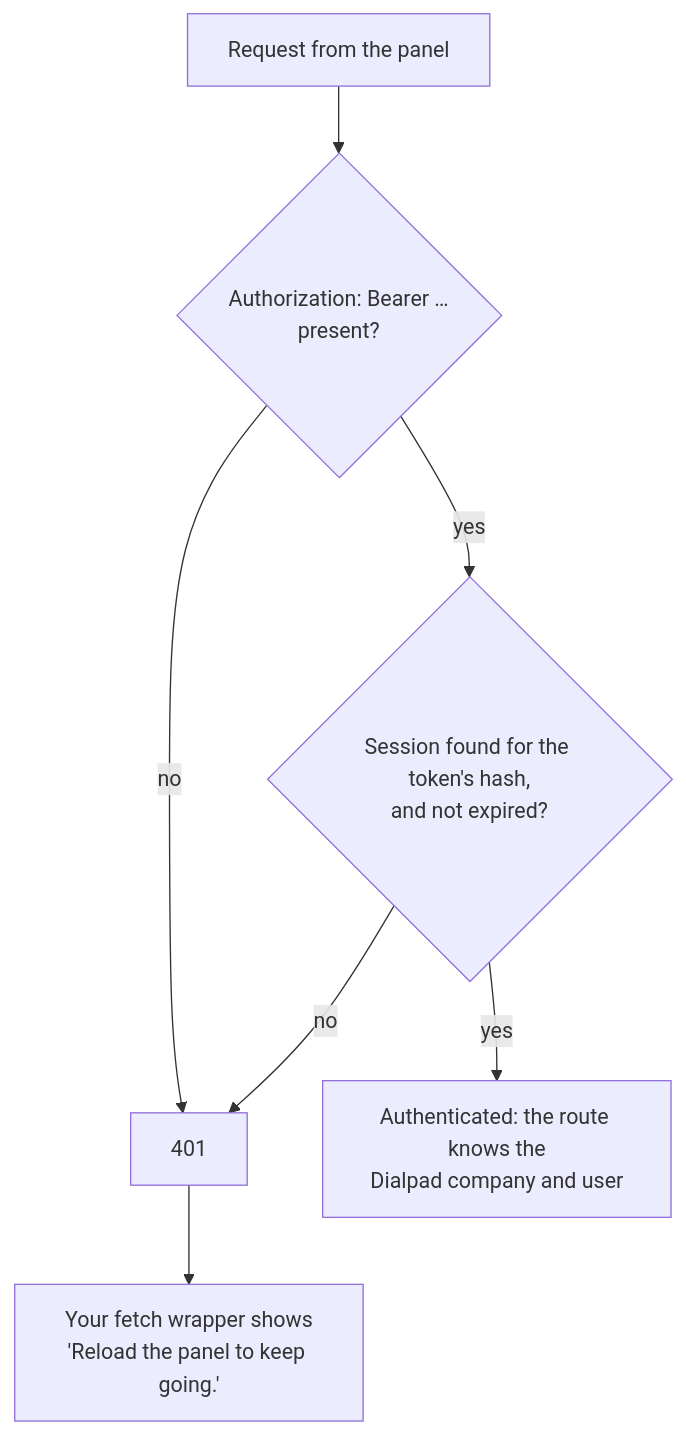
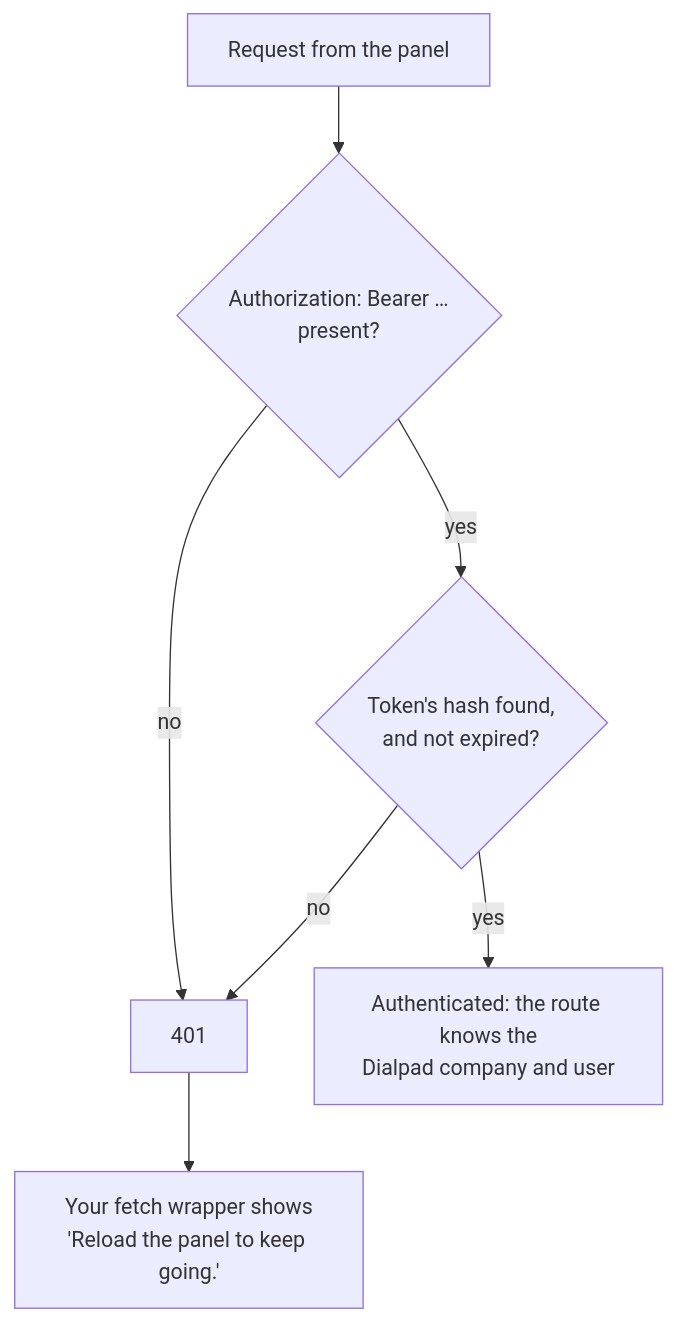
Before and after one commit to dialpad/sample-dialapp-external: the diagram in guide/05-authenticate-requests.md, drawn with Mermaid. The commit also changed other lines of this file and 63 other files, not shown here.

````diff
--- a/guide/05-authenticate-requests.md
+++ b/guide/05-authenticate-requests.md
@@ -15,9 +15,9 @@
 ```mermaid
 flowchart TD
   R["Request from the panel"] --> A{"Authorization: Bearer …<br/>present?"}
   A -- no --> X["401"]
-  A -- yes --> L{"Session found for the token's hash,<br/>and not expired?"}
+  A -- yes --> L{"Token's hash found,<br/>and not expired?"}
   L -- no --> X
   L -- yes --> OK["Authenticated: the route knows the<br/>Dialpad company and user"]
   X --> N["Your fetch wrapper shows<br/>'Reload the panel to keep going.'"]
 ```
````
